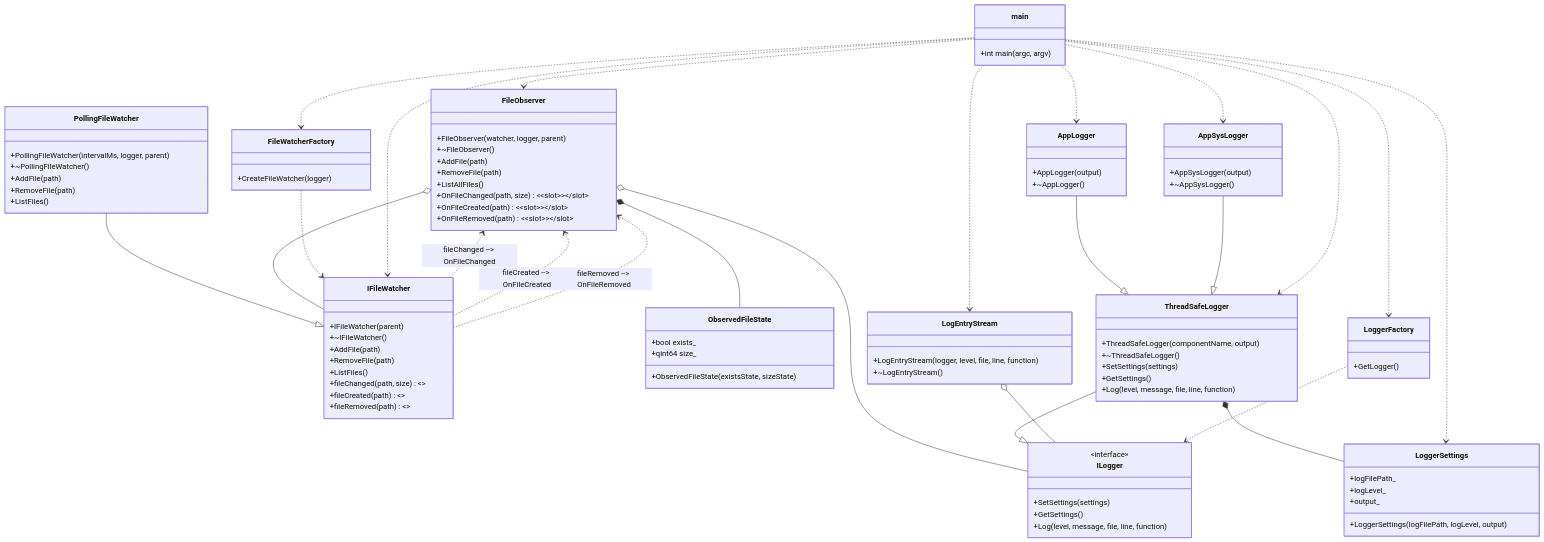
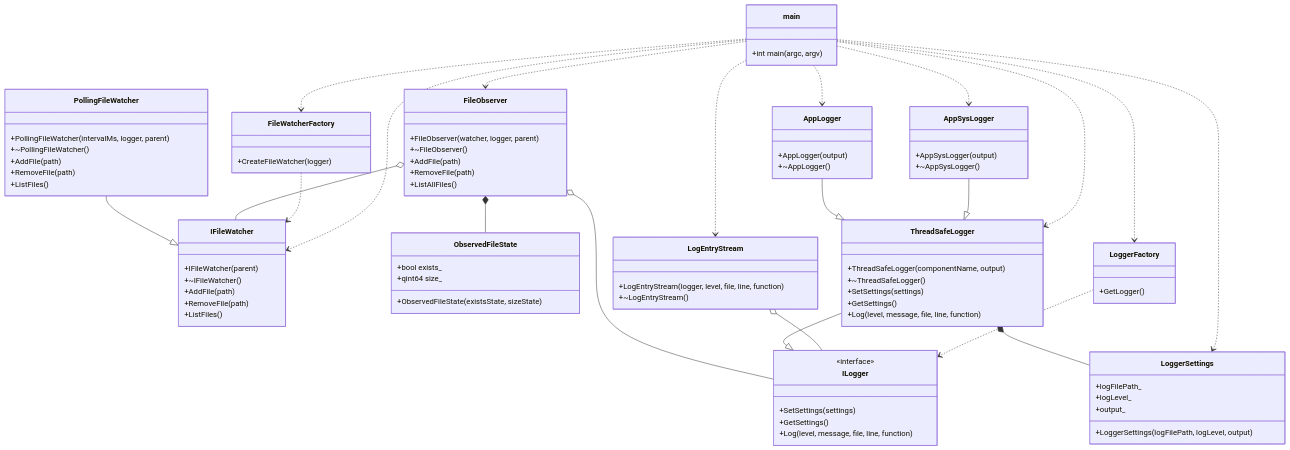
The diagram in README.md (artoshechka/programming_tech_lab_1), drawn with Mermaid before and after one commit.

Commit message:
remove slots and signals from mermaid diagram

````diff
--- a/README.md
+++ b/README.md
@@ -40,16 +40,12 @@
 	class main {
 		+int main(argc, argv)
 	}
-
 		class FileObserver {
 			+FileObserver(watcher, logger, parent)
 			+~FileObserver()
 			+AddFile(path)
 			+RemoveFile(path)
 			+ListAllFiles()
-			+OnFileChanged(path, size) <<slot>>
-			+OnFileCreated(path) <<slot>>
-			+OnFileRemoved(path) <<slot>>
 		}
 		class IFileWatcher {
 			+IFileWatcher(parent)
@@ -57,9 +53,6 @@
 			+AddFile(path)
 			+RemoveFile(path)
 			+ListFiles()
-			+fileChanged(path, size) <<signal>>
-			+fileCreated(path) <<signal>>
-			+fileRemoved(path) <<signal>>
 		}
 		class PollingFileWatcher {
 			+PollingFileWatcher(intervalMs, logger, parent)
@@ -134,8 +127,4 @@
 	main ..> AppSysLogger 
 	main ..> ThreadSafeLogger 
 	main ..> IFileWatcher 
-
-	IFileWatcher ..> FileObserver : fileChanged --> OnFileChanged
-	IFileWatcher ..> FileObserver : fileCreated --> OnFileCreated
-	IFileWatcher ..> FileObserver : fileRemoved --> OnFileRemoved
 ```
````
